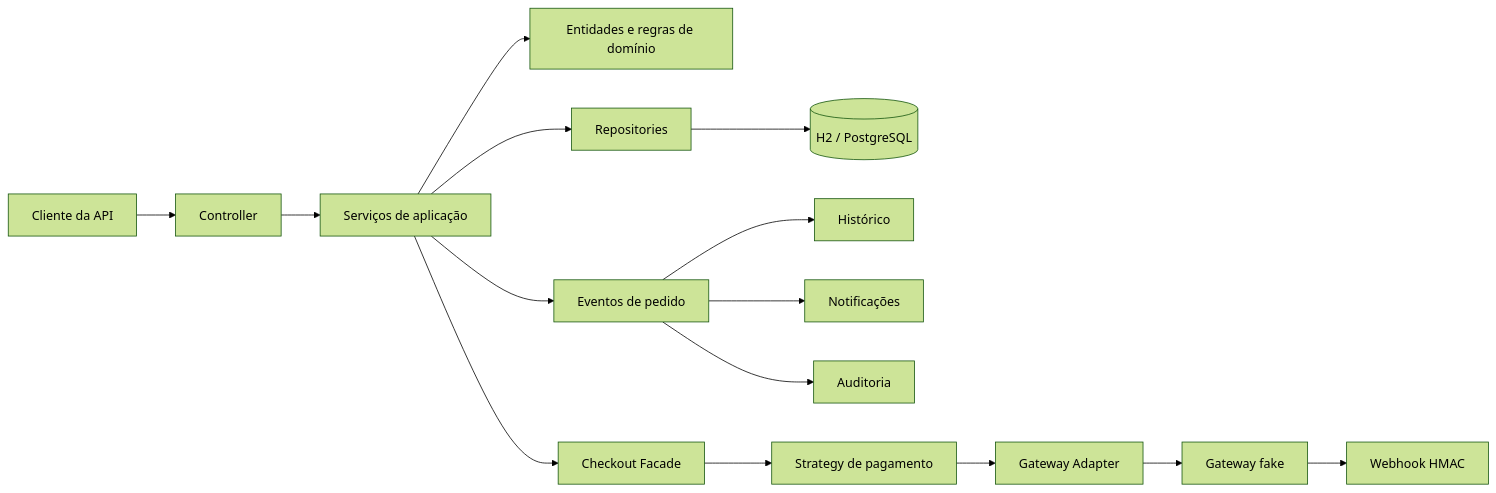
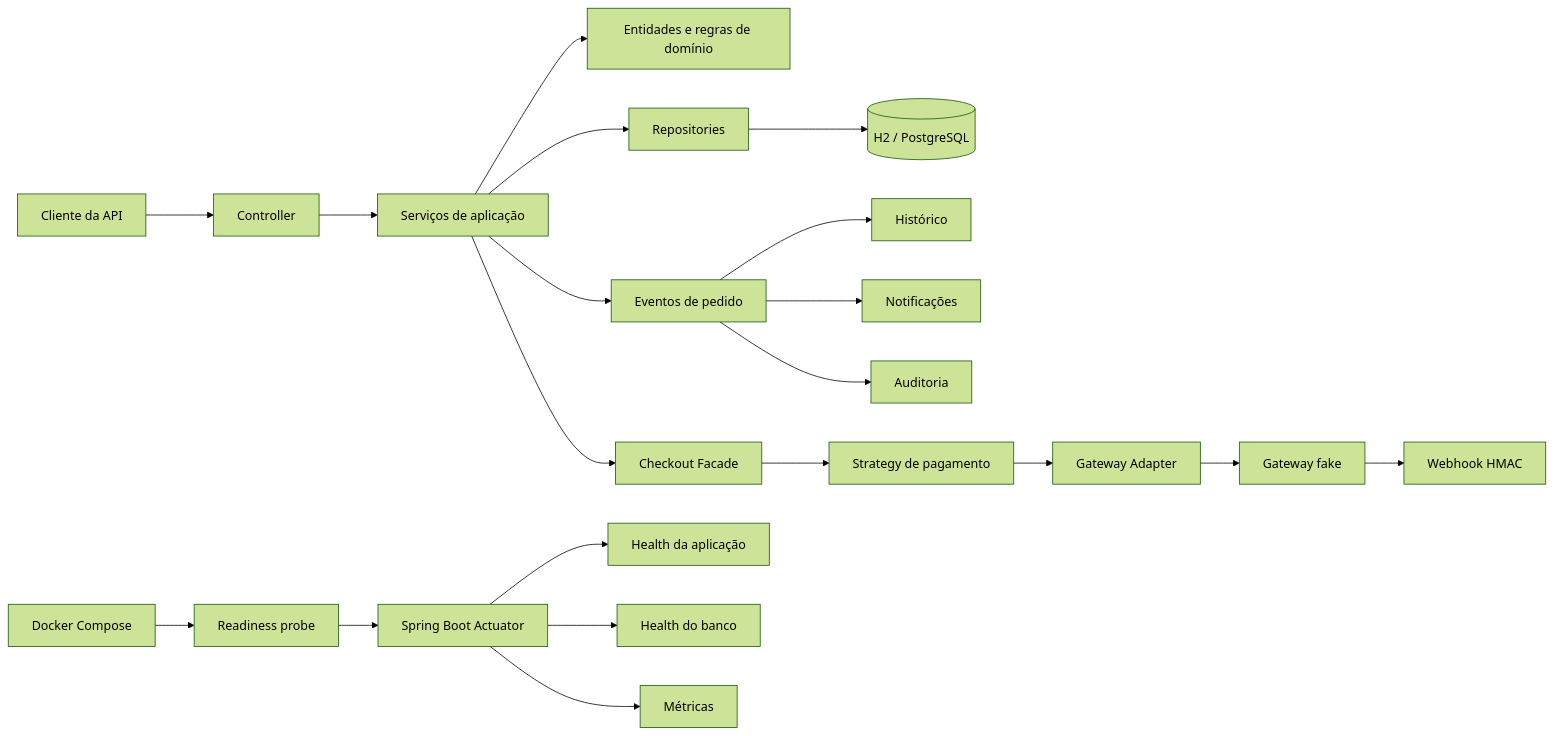
The diagram in README.md (FilipeX97/api-de-pedidos), drawn with Mermaid (forest theme) before and after one commit. The commit also changed other lines of this file and 15 other files, not shown here.

Commit message:
feat(observability): adicionando suporte ao Spring Boot Actuator com endpoints de saude e metricas

````diff
--- a/README.md
+++ b/README.md
@@ -44,19 +53,25 @@
 ```mermaid
 flowchart LR
     Cliente[Cliente da API] --> Controller
     Controller --> Service[Serviços de aplicação]
     Service --> Domain[Entidades e regras de domínio]
     Service --> Repository[Repositories]
     Repository --> Database[(H2 / PostgreSQL)]
 
     Service --> Events[Eventos de pedido]
     Events --> History[Histórico]
     Events --> Notifications[Notificações]
     Events --> Audit[Auditoria]
 
     Service --> Checkout[Checkout Facade]
     Checkout --> PaymentStrategy[Strategy de pagamento]
     PaymentStrategy --> Adapter[Gateway Adapter]
     Adapter --> FakeGateway[Gateway fake]
     FakeGateway --> Webhook[Webhook HMAC]
+
+    Monitoring[Spring Boot Actuator] --> ApplicationHealth[Health da aplicação]
+    Monitoring --> DatabaseHealth[Health do banco]
+    Monitoring --> Metrics[Métricas]
+    Docker[Docker Compose] --> Readiness[Readiness probe]
+    Readiness --> Monitoring
 ```
````
